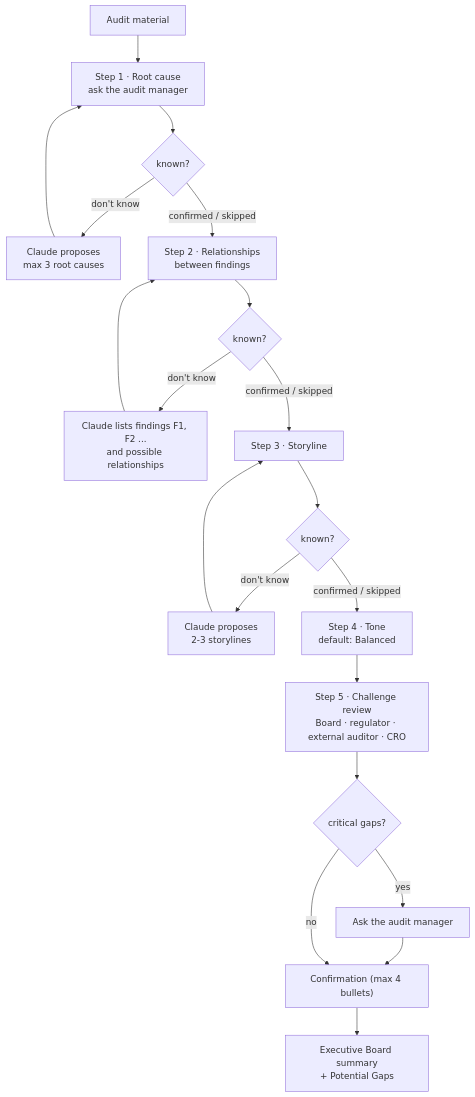
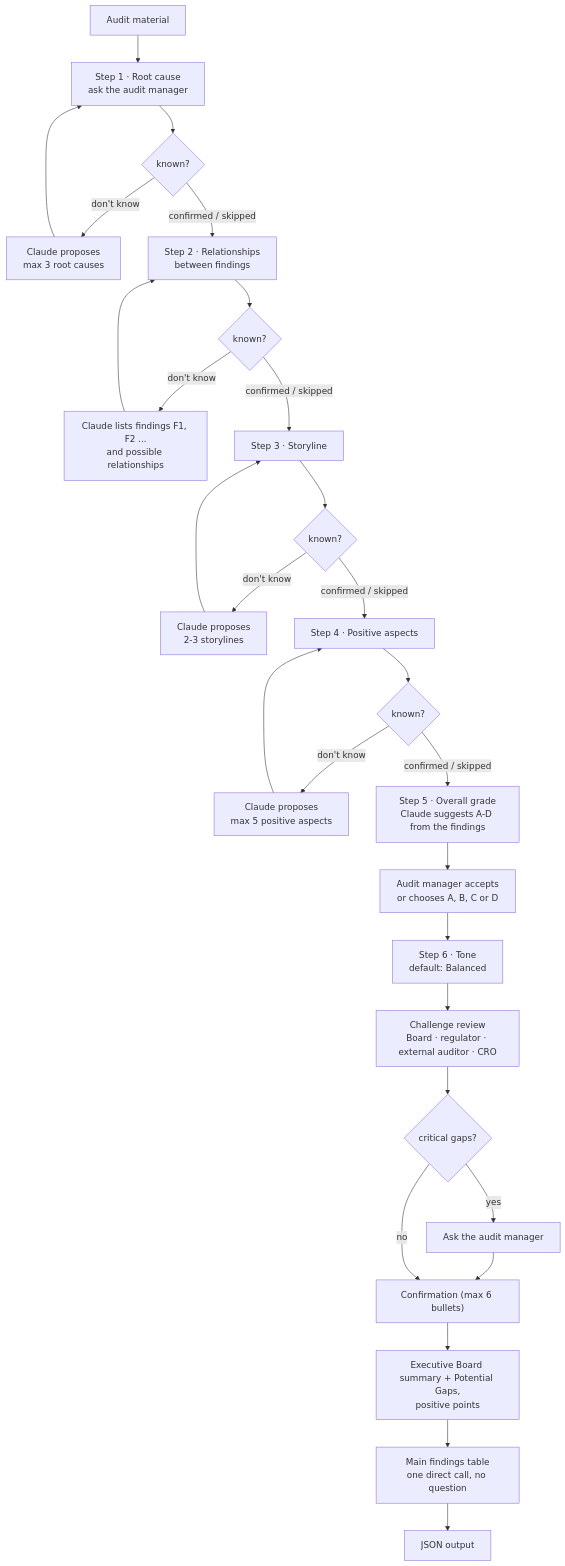
The diagram in README.md (SAAF-Project/Executive-Summary-Writer), drawn with Mermaid before and after one commit. The commit also changed other lines of this file and 19 other files, not shown here.

First line of the commit message:
Fill the report deck: summary, positive aspects, findings, grade and risk counts

````diff
--- a/README.md
+++ b/README.md
@@ -45,18 +58,24 @@
 ```mermaid
 flowchart TD
     M[Audit material] --> Q1
     Q1["Step 1 · Root cause<br/>ask the audit manager"] --> I1{known?}
     I1 -- "don't know" --> P1["Claude proposes<br/>max 3 root causes"] --> Q1
     I1 -- "confirmed / skipped" --> Q2
     Q2["Step 2 · Relationships<br/>between findings"] --> I2{known?}
     I2 -- "don't know" --> P2["Claude lists findings F1, F2 ...<br/>and possible relationships"] --> Q2
     I2 -- "confirmed / skipped" --> Q3
     Q3["Step 3 · Storyline"] --> I3{known?}
     I3 -- "don't know" --> P3["Claude proposes<br/>2-3 storylines"] --> Q3
     I3 -- "confirmed / skipped" --> Q4
-    Q4["Step 4 · Tone<br/>default: Balanced"] --> C
-    C["Step 5 · Challenge review<br/>Board · regulator · external auditor · CRO"] --> G{critical gaps?}
+    Q4["Step 4 · Positive aspects"] --> I4{known?}
+    I4 -- "don't know" --> P4["Claude proposes<br/>max 5 positive aspects"] --> Q4
+    I4 -- "confirmed / skipped" --> P5
+    P5["Step 5 · Overall grade<br/>Claude suggests A-D from the findings"] --> Q5["Audit manager accepts<br/>or chooses A, B, C or D"]
+    Q5 --> Q6
+    Q6["Step 6 · Tone<br/>default: Balanced"] --> C
+    C["Challenge review<br/>Board · regulator · external auditor · CRO"] --> G{critical gaps?}
     G -- yes --> A["Ask the audit manager"] --> S
     G -- no --> S
-    S["Confirmation (max 4 bullets)"] --> W["Executive Board summary<br/>+ Potential Gaps"]
+    S["Confirmation (max 6 bullets)"] --> W["Executive Board summary + Potential Gaps,<br/>positive points"]
+    W --> F["Main findings table<br/>one direct call, no question"] --> J["JSON output"]
 ```
````
